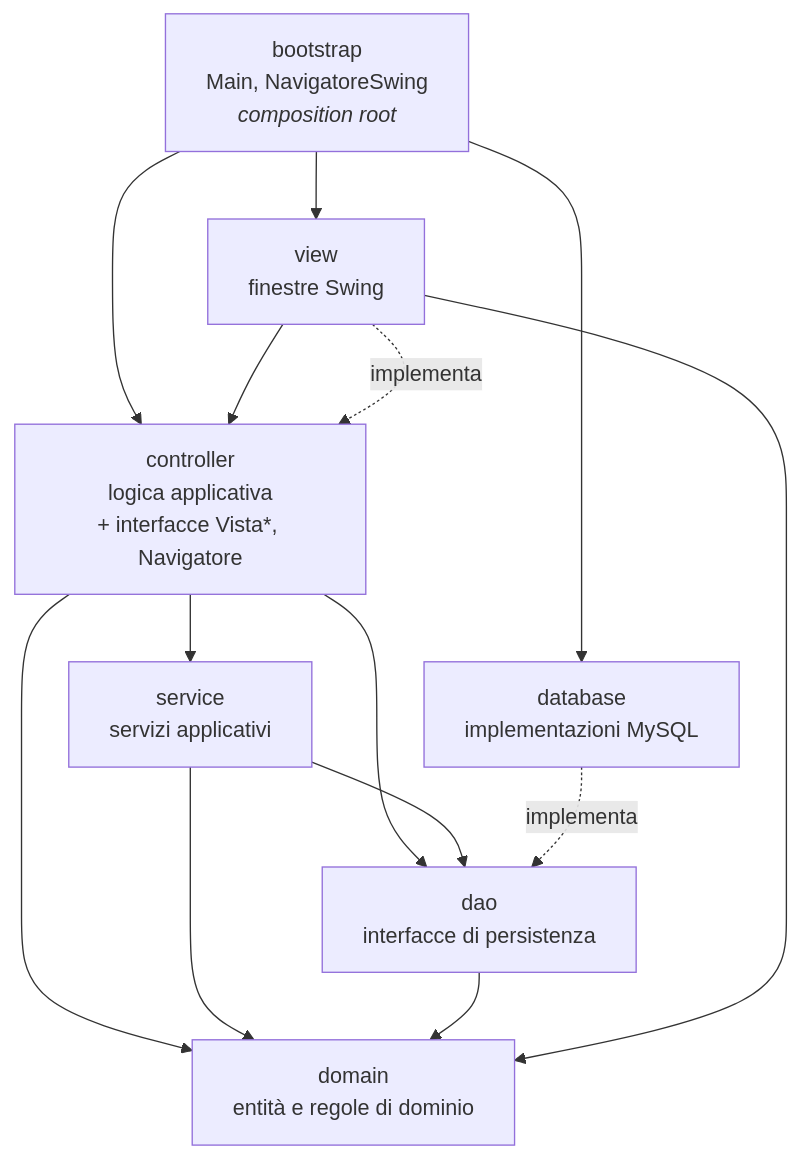
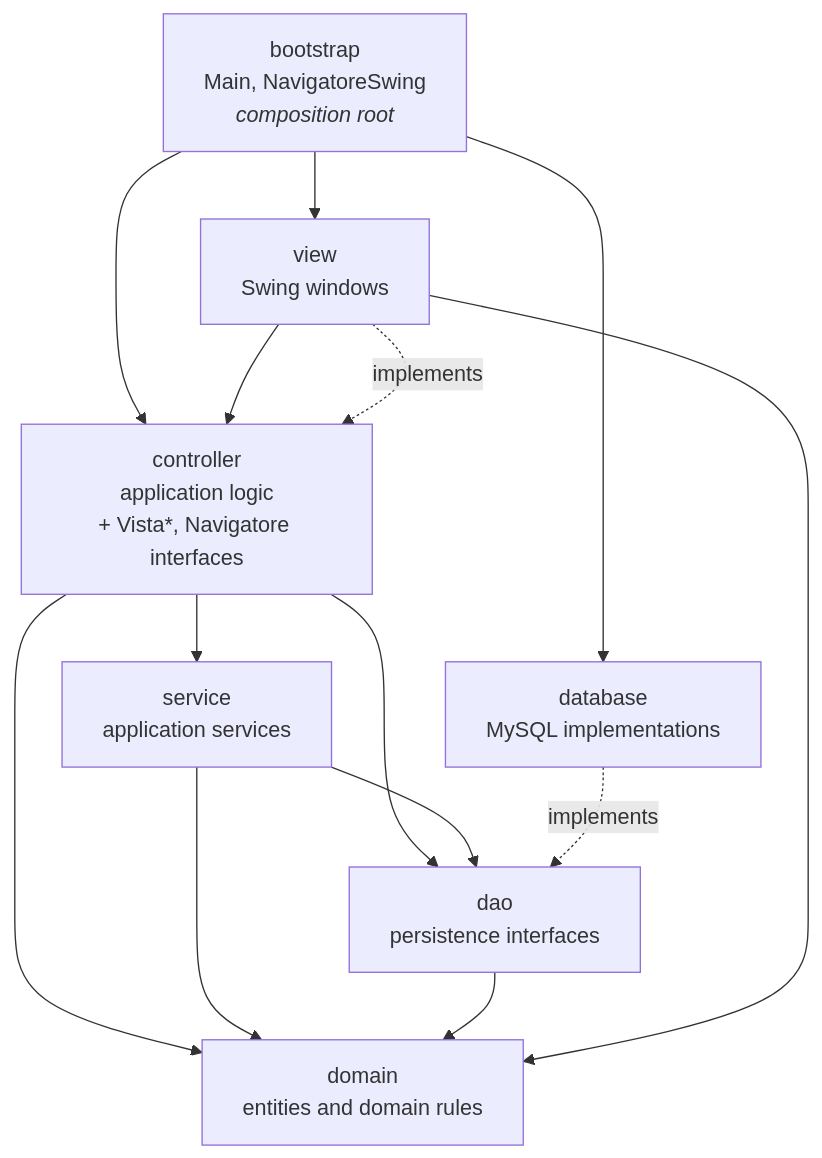
The diagram in README.md (svilu999/Progetto-ScriptActive), drawn with Mermaid before and after one commit. The commit also changed other lines of this file and 1 other file, not shown here.

````diff
--- a/README.md
+++ b/README.md
@@ -31,24 +37,24 @@
 ```mermaid
 flowchart TD
     bootstrap["bootstrap<br/>Main, NavigatoreSwing<br/><i>composition root</i>"]
-    view["view<br/>finestre Swing"]
-    controller["controller<br/>logica applicativa<br/>+ interfacce Vista*, Navigatore"]
-    service["service<br/>servizi applicativi"]
-    dao["dao<br/>interfacce di persistenza"]
-    database["database<br/>implementazioni MySQL"]
-    domain["domain<br/>entità e regole di dominio"]
+    view["view<br/>Swing windows"]
+    controller["controller<br/>application logic<br/>+ Vista*, Navigatore interfaces"]
+    service["service<br/>application services"]
+    dao["dao<br/>persistence interfaces"]
+    database["database<br/>MySQL implementations"]
+    domain["domain<br/>entities and domain rules"]
 
     bootstrap --> view
     bootstrap --> controller
     bootstrap --> database
     view --> controller
     controller --> service
     controller --> dao
     service --> dao
-    database -. implementa .-> dao
-    view -. implementa .-> controller
+    database -. implements .-> dao
+    view -. implements .-> controller
     controller --> domain
     service --> domain
     dao --> domain
     view --> domain
 ```
````
